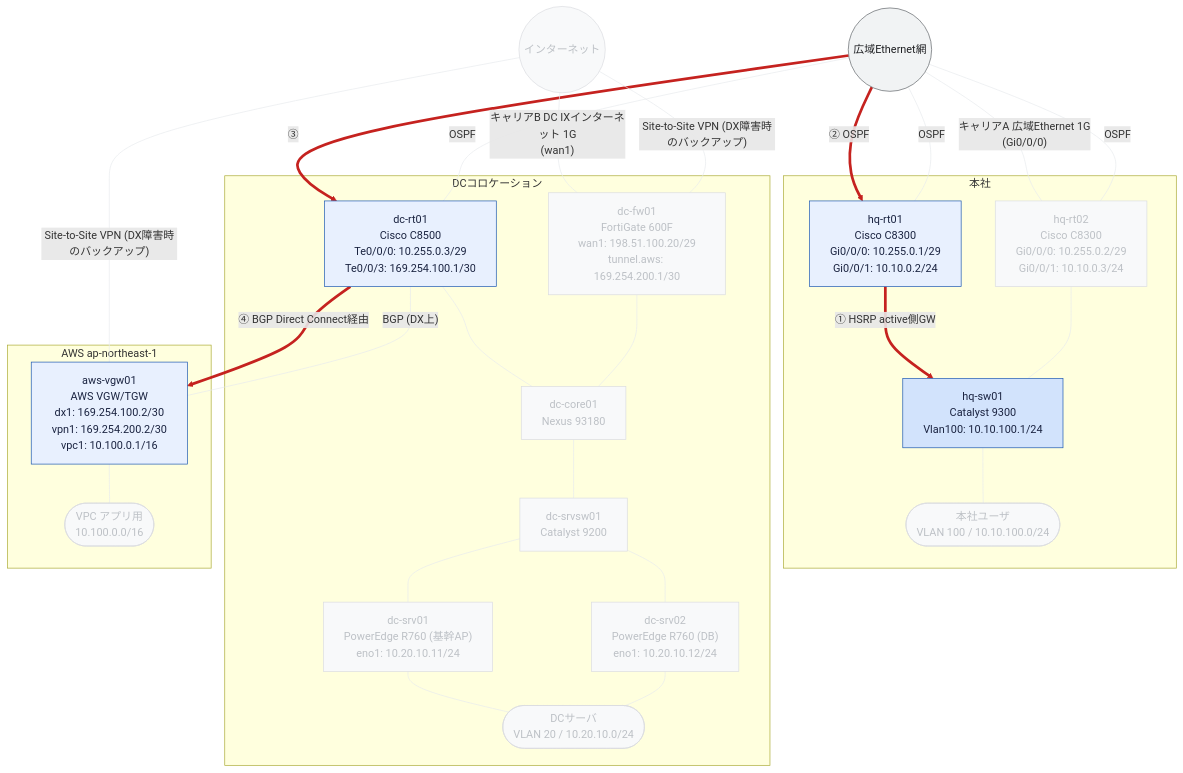
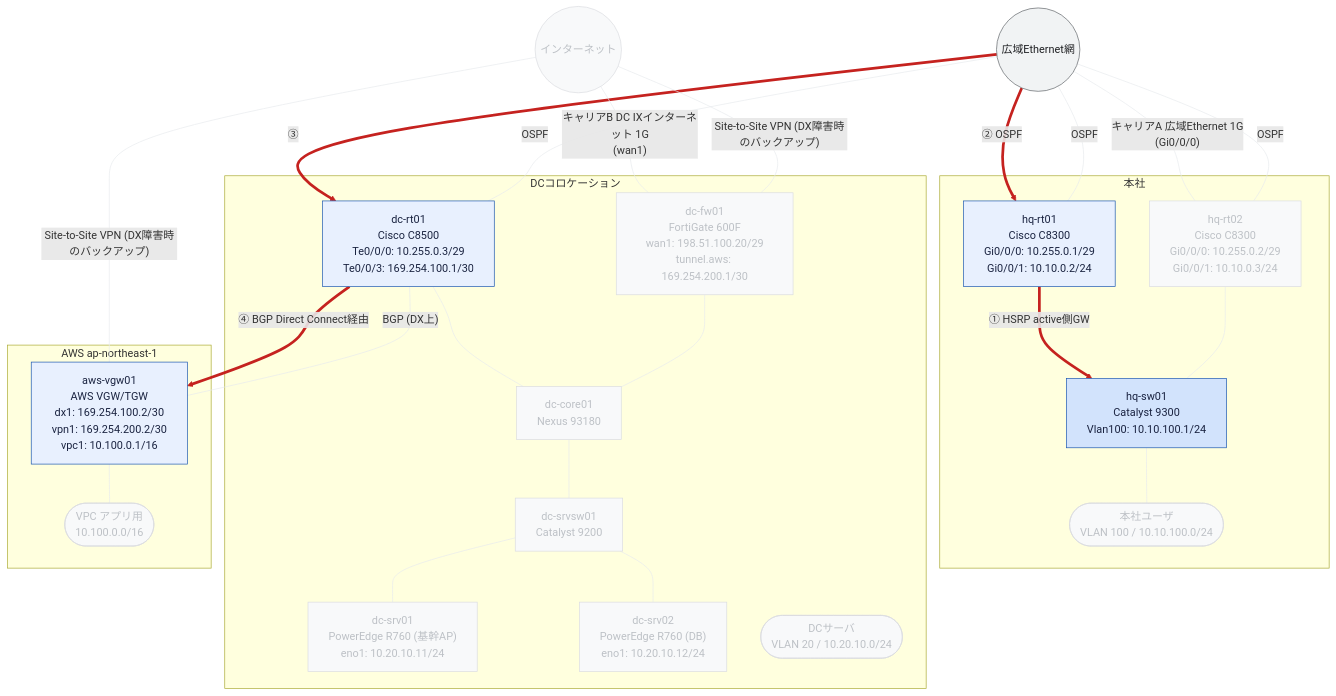
The diagram in examples/hq-dc-cloud/generated/path-normal.mmd (thinas1115/nwdsl), drawn with Mermaid before and after one commit. The commit also changed 40 other files, not shown here.

First line of the commit message:
論理図でセグメント配下の端末を入れ子表示する機能を追加 (ADR-0009)

```diff
--- a/examples/hq-dc-cloud/generated/path-normal.mmd
+++ b/examples/hq-dc-cloud/generated/path-normal.mmd
@@ -1,62 +1,60 @@
 flowchart TB
   subgraph sg_hq["本社"]
     hq_rt01["hq-rt01<br>Cisco C8300<br>Gi0/0/0: 10.255.0.1/29<br>Gi0/0/1: 10.10.0.2/24"]
     hq_sw01["hq-sw01<br>Catalyst 9300<br>Vlan100: 10.10.100.1/24"]
     hq_rt02["hq-rt02<br>Cisco C8300<br>Gi0/0/0: 10.255.0.2/29<br>Gi0/0/1: 10.10.0.3/24"]
     seg__hq_users(["本社ユーザ<br>VLAN 100 / 10.10.100.0/24"])
   end
   subgraph sg_dc["DCコロケーション"]
     dc_rt01["dc-rt01<br>Cisco C8500<br>Te0/0/0: 10.255.0.3/29<br>Te0/0/3: 169.254.100.1/30"]
     dc_core01["dc-core01<br>Nexus 93180"]
     dc_fw01["dc-fw01<br>FortiGate 600F<br>wan1: 198.51.100.20/29<br>tunnel.aws: 169.254.200.1/30"]
     dc_srvsw01["dc-srvsw01<br>Catalyst 9200"]
     dc_srv01["dc-srv01<br>PowerEdge R760 (基幹AP)<br>eno1: 10.20.10.11/24"]
     dc_srv02["dc-srv02<br>PowerEdge R760 (DB)<br>eno1: 10.20.10.12/24"]
     seg__dc_servers(["DCサーバ<br>VLAN 20 / 10.20.10.0/24"])
   end
   subgraph sg_aws["AWS ap-northeast-1"]
     aws_vgw01["aws-vgw01<br>AWS VGW/TGW<br>dx1: 169.254.100.2/30<br>vpn1: 169.254.200.2/30<br>vpc1: 10.100.0.1/16"]
     seg__aws_vpc_app(["VPC アプリ用<br>10.100.0.0/16"])
   end
   wide_ether(("広域Ethernet網"))
   internet(("インターネット"))
   hq_rt01 -->|"① HSRP active側GW"| hq_sw01
   hq_rt02 --- hq_sw01
   dc_rt01 --- dc_core01
   dc_fw01 --- dc_core01
   dc_core01 --- dc_srvsw01
   dc_srvsw01 --- dc_srv01
   dc_srvsw01 --- dc_srv02
   wide_ether -->|"② OSPF"| hq_rt01
   wide_ether ---|"キャリアA 広域Ethernet 1G<br>(Gi0/0/0)"| hq_rt02
   wide_ether -->|"③"| dc_rt01
   dc_rt01 -->|"④ BGP Direct Connect経由"| aws_vgw01
   internet ---|"キャリアB DC IXインターネット 1G<br>(wan1)"| dc_fw01
   internet ---|"Site-to-Site VPN (DX障害時のバックアップ)"| dc_fw01
   internet ---|"Site-to-Site VPN (DX障害時のバックアップ)"| aws_vgw01
   wide_ether ---|"OSPF"| hq_rt01
   wide_ether ---|"OSPF"| dc_rt01
   wide_ether ---|"OSPF"| hq_rt02
   dc_rt01 ---|"BGP (DX上)"| aws_vgw01
   hq_sw01 --- seg__hq_users
-  dc_srv01 --- seg__dc_servers
-  dc_srv02 --- seg__dc_servers
   aws_vgw01 --- seg__aws_vpc_app
 
   classDef node_dim fill:#f8f9fa,stroke:#dadce0,color:#bdc1c6
   classDef node_failed fill:#fce8e6,stroke:#c5221f,color:#3c1a19
   classDef role_router fill:#e8f0fe,stroke:#1a56b0,color:#1a2340
   classDef role_l3switch fill:#d2e3fc,stroke:#1a56b0,color:#1a2340
   classDef role_l2switch fill:#e6f4ea,stroke:#137333,color:#1a2e1f
   classDef role_firewall fill:#fce8e6,stroke:#c5221f,color:#3c1a19
   classDef role_other fill:#f1f3f4,stroke:#5f6368,color:#202124
   classDef node_cloud fill:#f1f3f4,stroke:#5f6368,color:#202124
   classDef node_site fill:#fff8e1,stroke:#b58105,color:#4a3a08
   classDef node_segment fill:#e2f5f0,stroke:#0f766e,color:#0b3d38
   classDef node_external fill:#ffffff,stroke:#9aa0a6,stroke-dasharray:3 3,color:#5f6368
   class hq_rt01,dc_rt01,aws_vgw01 role_router
   class hq_sw01 role_l3switch
   class hq_rt02,dc_core01,dc_fw01,dc_srvsw01,dc_srv01,dc_srv02,internet,seg__hq_users,seg__dc_servers,seg__aws_vpc_app node_dim
   class wide_ether node_cloud
   linkStyle 0,7,9,10 stroke:#c5221f,stroke-width:4px
-  linkStyle 1,2,3,4,5,6,8,11,12,13,14,15,16,17,18,19,20,21 stroke:#e8eaed,stroke-width:1px
+  linkStyle 1,2,3,4,5,6,8,11,12,13,14,15,16,17,18,19 stroke:#e8eaed,stroke-width:1px
```
